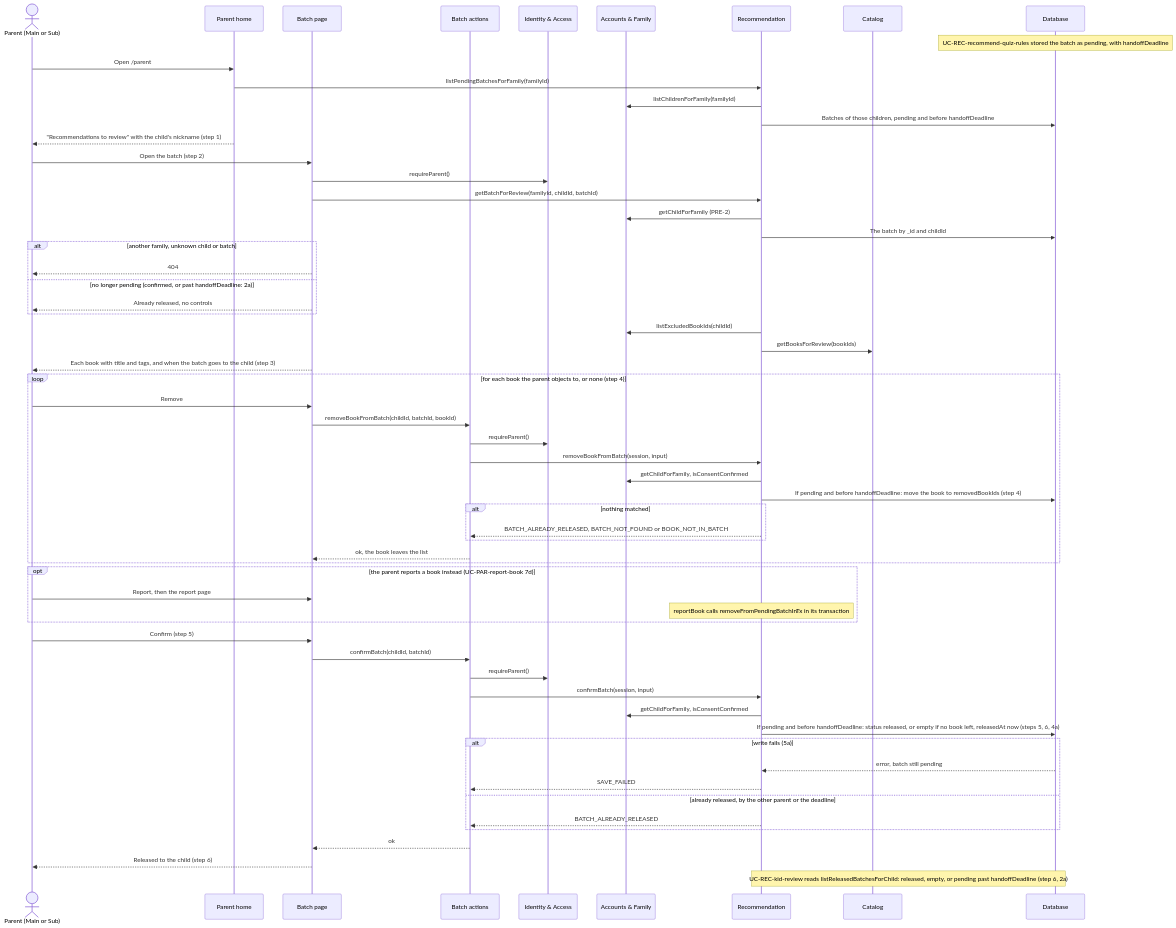
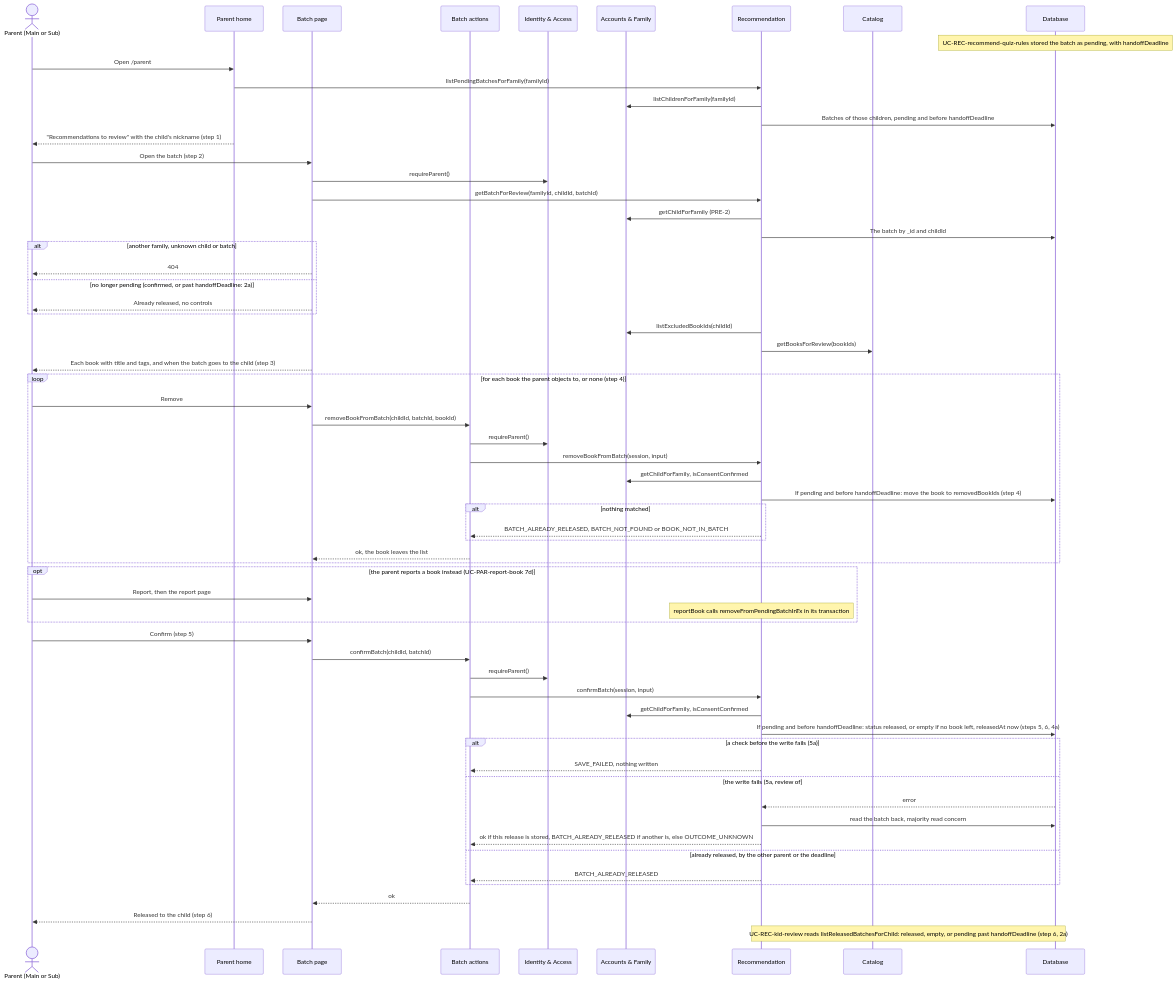
One commit to videogames21/book_buddies changed the fourth of 7 diagrams in design/rec.md. Above: the diagram before and after it, drawn with Mermaid. The commit also changed other lines of this file and 2 other files, not shown here.

First line of the commit message:
Review of #135: an old read-back after a failed write is OUTCOME_UNKNOWN

````diff
--- a/design/rec.md
+++ b/design/rec.md
@@ -248,62 +248,65 @@
 ```mermaid
 sequenceDiagram
     actor P as Parent (Main or Sub)
     participant HOME as Parent home
     participant UI as Batch page
     participant ACT as Batch actions
     participant IA as Identity & Access
     participant AF as Accounts & Family
     participant REC as Recommendation
     participant CAT as Catalog
     participant DB as Database
     Note over DB: UC-REC-recommend-quiz-rules stored the batch as pending, with handoffDeadline
     P->>HOME: Open /parent
     HOME->>REC: listPendingBatchesForFamily(familyId)
     REC->>AF: listChildrenForFamily(familyId)
     REC->>DB: Batches of those children, pending and before handoffDeadline
     HOME-->>P: "Recommendations to review" with the child's nickname (step 1)
     P->>UI: Open the batch (step 2)
     UI->>IA: requireParent()
     UI->>REC: getBatchForReview(familyId, childId, batchId)
     REC->>AF: getChildForFamily (PRE-2)
     REC->>DB: The batch by _id and childId
     alt another family, unknown child or batch
         UI-->>P: 404
     else no longer pending (confirmed, or past handoffDeadline: 2a)
         UI-->>P: Already released, no controls
     end
     REC->>AF: listExcludedBookIds(childId)
     REC->>CAT: getBooksForReview(bookIds)
     UI-->>P: Each book with title and tags, and when the batch goes to the child (step 3)
     loop for each book the parent objects to, or none (step 4)
         P->>UI: Remove
         UI->>ACT: removeBookFromBatch(childId, batchId, bookId)
         ACT->>IA: requireParent()
         ACT->>REC: removeBookFromBatch(session, input)
         REC->>AF: getChildForFamily, isConsentConfirmed
         REC->>DB: If pending and before handoffDeadline: move the book to removedBookIds (step 4)
         alt nothing matched
             REC-->>ACT: BATCH_ALREADY_RELEASED, BATCH_NOT_FOUND or BOOK_NOT_IN_BATCH
         end
         ACT-->>UI: ok, the book leaves the list
     end
     opt the parent reports a book instead (UC-PAR-report-book 7d)
         P->>UI: Report, then the report page
         Note over REC: reportBook calls removeFromPendingBatchInTx in its transaction
     end
     P->>UI: Confirm (step 5)
     UI->>ACT: confirmBatch(childId, batchId)
     ACT->>IA: requireParent()
     ACT->>REC: confirmBatch(session, input)
     REC->>AF: getChildForFamily, isConsentConfirmed
     REC->>DB: If pending and before handoffDeadline: status released, or empty if no book left, releasedAt now (steps 5, 6, 4a)
-    alt write fails (5a)
-        DB-->>REC: error, batch still pending
-        REC-->>ACT: SAVE_FAILED
+    alt a check before the write fails (5a)
+        REC-->>ACT: SAVE_FAILED, nothing written
+    else the write fails (5a, review of #135)
+        DB-->>REC: error
+        REC->>DB: read the batch back, majority read concern
+        REC-->>ACT: ok if this release is stored, BATCH_ALREADY_RELEASED if another is, else OUTCOME_UNKNOWN
     else already released, by the other parent or the deadline
         REC-->>ACT: BATCH_ALREADY_RELEASED
     end
     ACT-->>UI: ok
     UI-->>P: Released to the child (step 6)
     Note over REC,DB: UC-REC-kid-review reads listReleasedBatchesForChild: released, empty, or pending past handoffDeadline (step 6, 2a)
 ```
````
